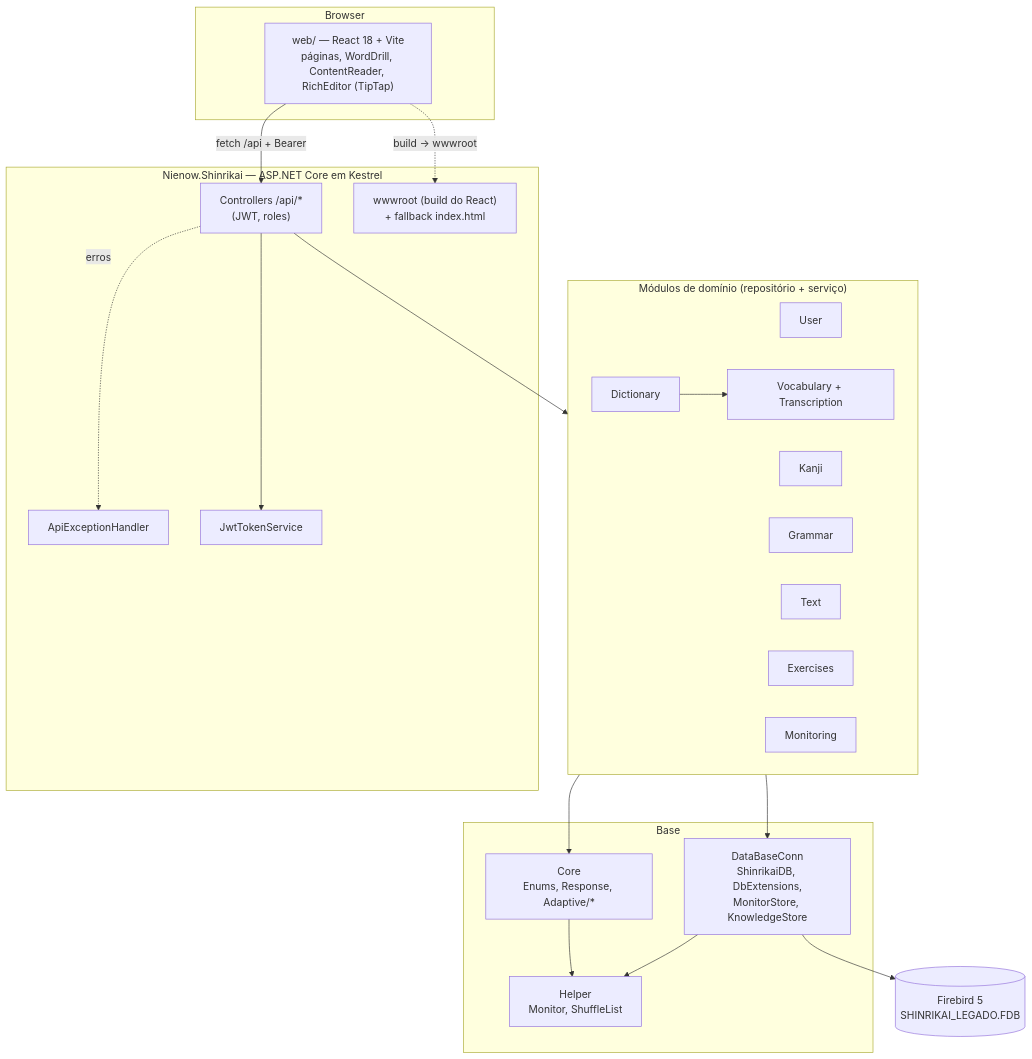
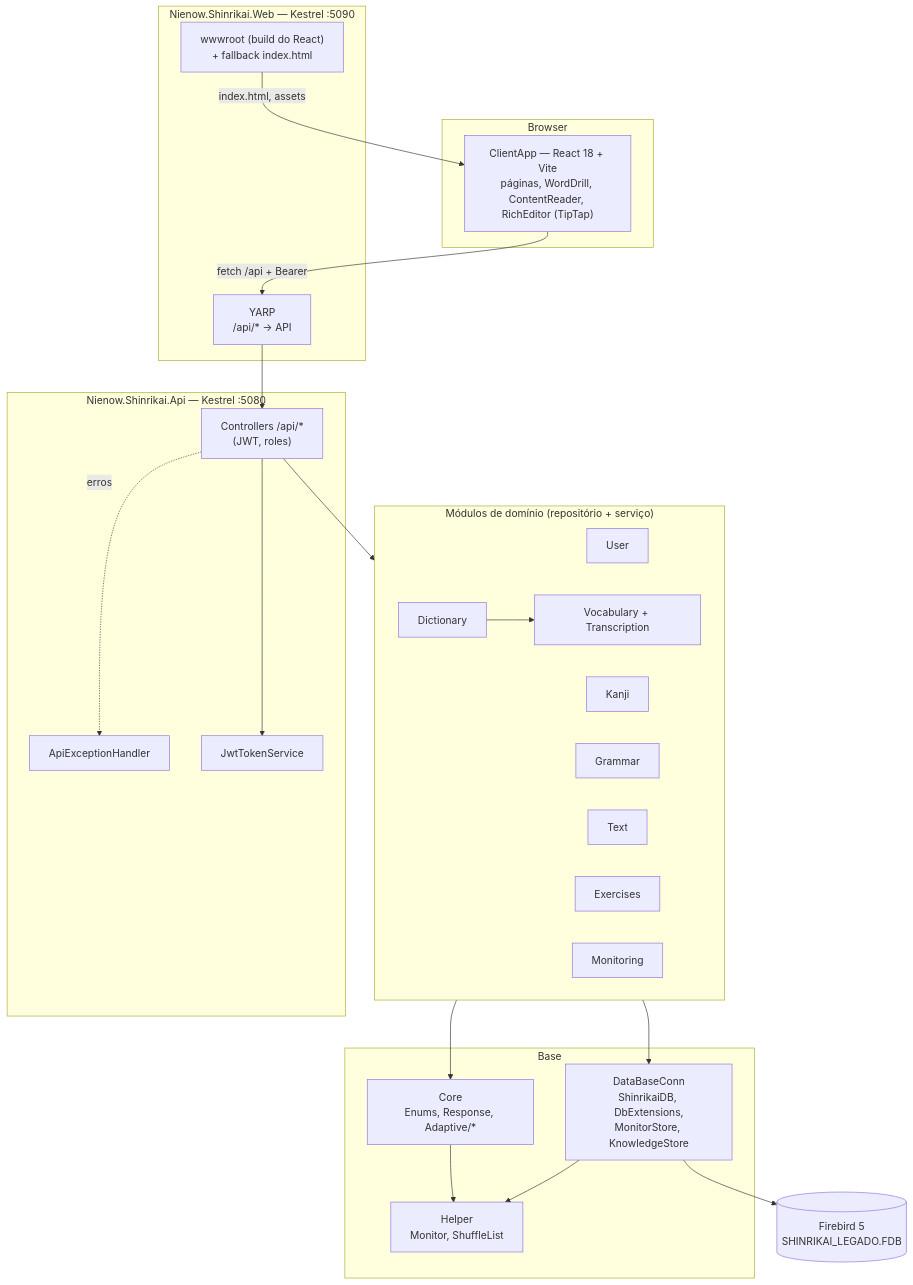
The first of 5 diagrams in docs/CODEBASE_MAP.md (ecmnienow/Shinrikai), drawn with Mermaid before and after one commit. The commit also changed other lines of this file and 74 other files, not shown here.

First line of the commit message:
🏗️ Split the app into separate API and Web projects

````diff
--- a/docs/CODEBASE_MAP.md
+++ b/docs/CODEBASE_MAP.md
@@ -19,40 +19,44 @@
 ```mermaid
 graph TB
     subgraph Browser
-        SPA["web/ — React 18 + Vite<br/>páginas, WordDrill, ContentReader, RichEditor (TipTap)"]
+        SPA["ClientApp — React 18 + Vite<br/>páginas, WordDrill, ContentReader, RichEditor (TipTap)"]
     end
-    subgraph API["Nienow.Shinrikai — ASP.NET Core em Kestrel"]
+    subgraph Web["Nienow.Shinrikai.Web — Kestrel :5090"]
+        Static["wwwroot (build do React)<br/>+ fallback index.html"]
+        Yarp["YARP<br/>/api/* → API"]
+    end
+    subgraph API["Nienow.Shinrikai.Api — Kestrel :5080"]
         Ctl["Controllers /api/*<br/>(JWT, roles)"]
         Exc[ApiExceptionHandler]
         Jwt[JwtTokenService]
-        Static["wwwroot (build do React)<br/>+ fallback index.html"]
     end
     subgraph Domain["Módulos de domínio (repositório + serviço)"]
         User
         Vocab["Vocabulary + Transcription"]
         Kanji
         Grammar
         Text
         Exercises
         Dictionary
         Monitoring
     end
     subgraph Base
         Core["Core<br/>Enums, Response, Adaptive/*"]
         DB["DataBaseConn<br/>ShinrikaiDB, DbExtensions,<br/>MonitorStore, KnowledgeStore"]
         Helper["Helper<br/>Monitor, ShuffleList"]
     end
     FDB[("Firebird 5<br/>SHINRIKAI_LEGADO.FDB")]
 
-    SPA -- "fetch /api + Bearer" --> Ctl
-    SPA -. "build → wwwroot" .-> Static
+    Static -- "index.html, assets" --> SPA
+    SPA -- "fetch /api + Bearer" --> Yarp
+    Yarp --> Ctl
     Ctl --> Jwt
     Ctl --> Domain
     Ctl -. erros .-> Exc
     Dictionary --> Vocab
     Domain --> Core
     Domain --> DB
     Core --> Helper
     DB --> Helper
     DB --> FDB
 ```
````
